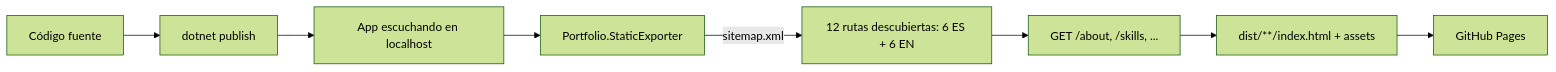
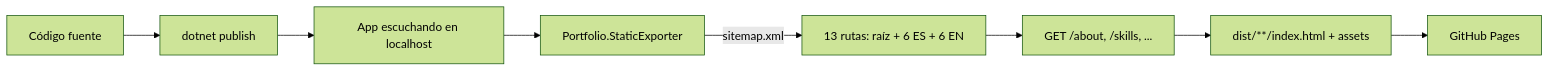
Before and after one commit to jb-coder/Website: the diagram in src/Portfolio.Web/Documentation/static-rendering.md, drawn with Mermaid (forest theme). The commit also changed other lines of this file and 19 other files, not shown here.

````diff
--- a/src/Portfolio.Web/Documentation/static-rendering.md
+++ b/src/Portfolio.Web/Documentation/static-rendering.md
@@ -26,10 +26,10 @@
 ```mermaid
 flowchart LR
     A[Código fuente] --> B[dotnet publish]
     B --> C[App escuchando en localhost]
     C --> D[Portfolio.StaticExporter]
-    D -->|sitemap.xml| E[12 rutas descubiertas: 6 ES + 6 EN]
+    D -->|sitemap.xml| E[13 rutas: raíz + 6 ES + 6 EN]
     E --> F[GET /about, /skills, ...]
     F --> G[dist/**/index.html + assets]
     G --> H[GitHub Pages]
 ```
````
